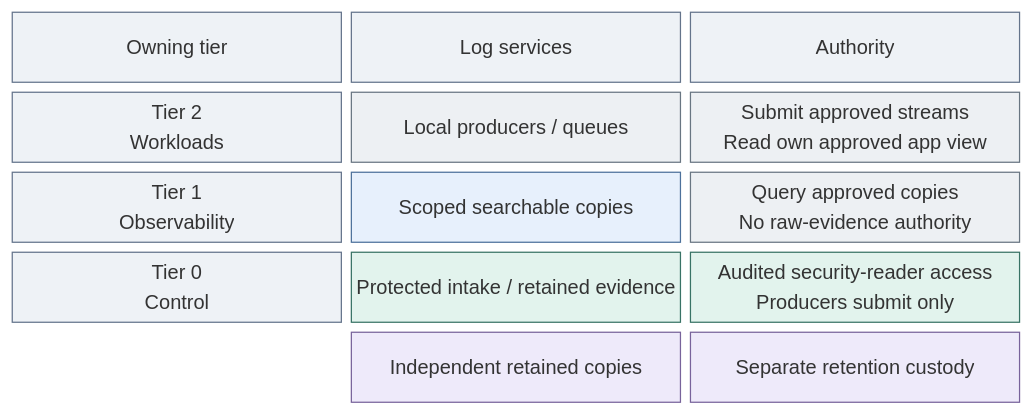
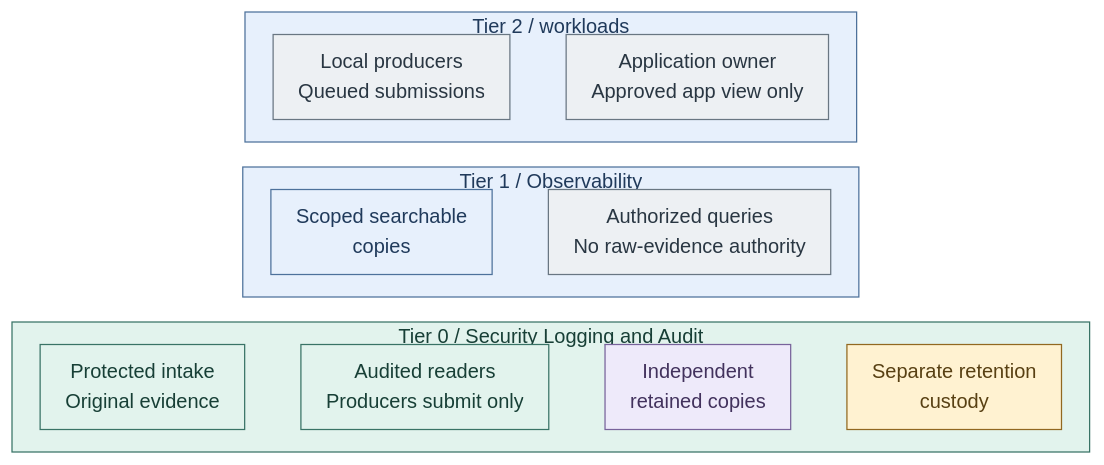
One commit to Rexus/homelab changed the first of 2 diagrams in docs/01-architecture/11-operations/01-protected-logging.md. Above: the diagram before and after it, drawn with Mermaid. The commit also changed other lines of this file and 279 other files, not shown here.

````diff
--- a/docs/01-architecture/11-operations/01-protected-logging.md
+++ b/docs/01-architecture/11-operations/01-protected-logging.md
@@ -28,26 +25,38 @@
 ```mermaid
-block-beta
-  columns 3
-  Owner["Owning tier"] Function["Log services"] Access["Authority"]
-  T2["Tier 2<br/>Workloads"]
-  Sources["Local producers / queues"]
-  Developer["Submit approved streams<br/>Read own approved app view"]
-  T1["Tier 1<br/>Observability"]
-  Search["Scoped searchable copies"]
-  Query["Query approved copies<br/>No raw-evidence authority"]
-  T0["Tier 0<br/>Control"]
-  Logging["Protected intake / retained evidence"]
-  Readers["Audited security-reader access<br/>Producers submit only"]
-  space Retention["Independent retained copies"] Custodians["Separate retention custody"]
+%%{init: {"theme":"base","flowchart":{"nodeSpacing":16,"rankSpacing":20,"padding":10},"themeVariables":{"lineColor":"#627581","edgeLabelBackground":"#f8fafc"}}}%%
+flowchart TB
+  subgraph T2["Tier 2 / workloads"]
+    direction LR
+    Sources["Local producers<br/>Queued submissions"]
+    Developer["Application owner<br/>Approved app view only"]
+    Sources ~~~ Developer
+  end
+  subgraph T1["Tier 1 / Observability"]
+    direction LR
+    Search["Scoped searchable<br/>copies"]
+    Query["Authorized queries<br/>No raw-evidence authority"]
+    Search ~~~ Query
+  end
+  subgraph T0["Tier 0 / Security Logging and Audit"]
+    direction LR
+    Logging["Protected intake<br/>Original evidence"]
+    Readers["Audited readers<br/>Producers submit only"]
+    Retention["Independent<br/>retained copies"]
+    Custodians["Separate retention<br/>custody"]
+    Logging ~~~ Readers ~~~ Retention ~~~ Custodians
+  end
+  T2 ~~~ T1 ~~~ T0
   classDef default fill:#f8fafc,stroke:#64748b,color:#1f2937
   classDef actor fill:#edf0f3,stroke:#697682,color:#293642
   classDef control fill:#e2f3ed,stroke:#397366,color:#173f36
   classDef data fill:#eeeafa,stroke:#78639b,color:#42325d
   classDef services fill:#e7f0fc,stroke:#4d719b,color:#203a5b
-  classDef boundary fill:#eef2f6,stroke:#64748b,color:#1f2937
-  class Owner,Function,Access,T2,T1,T0 boundary
+  classDef custody fill:#fff2d1,stroke:#926820,color:#584013
+  class T2,T1 services
+  class T0 control
   class Sources,Developer,Query actor
   class Logging,Readers control
-  class Retention,Custodians data
+  class Retention data
+  class Custodians custody
   class Search services
 ```
````
